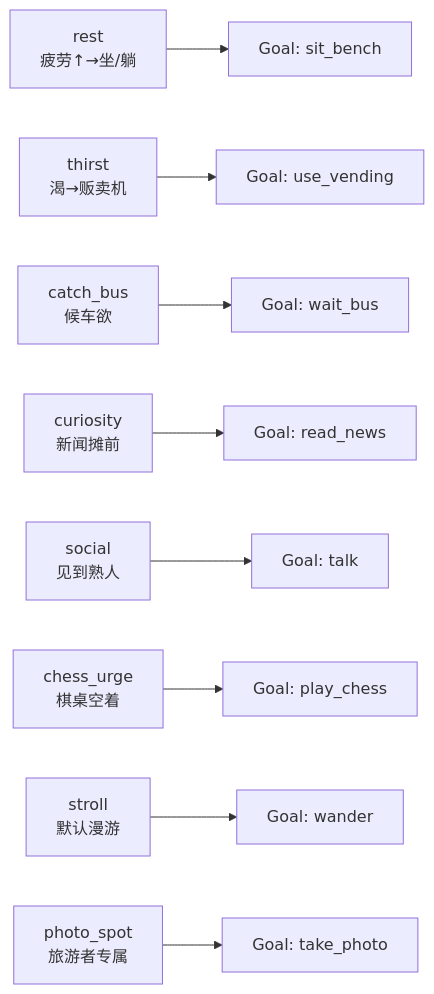
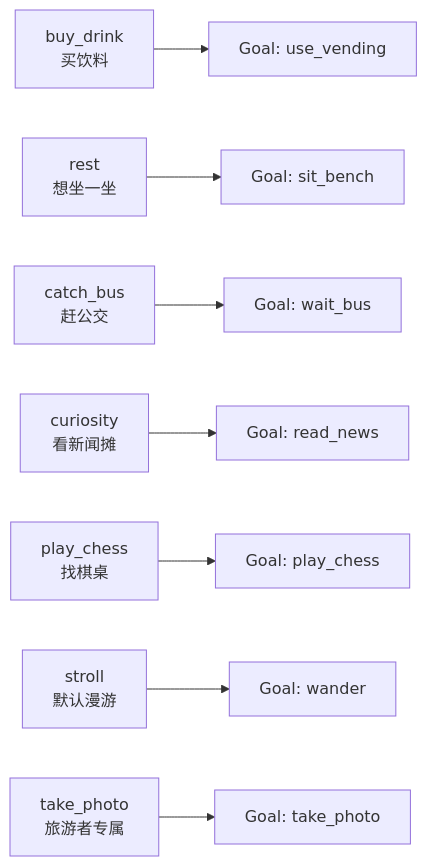
One commit to zxlzzz/news-game changed the second of 4 diagrams in docs/behavior-design.md. Above: the diagram before and after it, drawn with Mermaid. The commit also changed other lines of this file, not shown here.

````diff
--- a/docs/behavior-design.md
+++ b/docs/behavior-design.md
@@ -119,11 +126,10 @@
 ```mermaid
 graph LR
-  REST[rest<br/>疲劳↑→坐/躺] --> SIT[Goal: sit_bench]
-  THIRST[thirst<br/>渴→贩卖机] --> VEND[Goal: use_vending]
-  BUS[catch_bus<br/>候车欲] --> WAIT[Goal: wait_bus]
-  CUR[curiosity<br/>新闻摊前] --> NEWS[Goal: read_news]
-  SOC[social<br/>见到熟人] --> TALK[Goal: talk]
-  CHESS[chess_urge<br/>棋桌空着] --> PLAY[Goal: play_chess]
+  BD[buy_drink<br/>买饮料] --> VEND[Goal: use_vending]
+  REST[rest<br/>想坐一坐] --> SIT[Goal: sit_bench]
+  BUS[catch_bus<br/>赶公交] --> WAIT[Goal: wait_bus]
+  CUR[curiosity<br/>看新闻摊] --> NEWS[Goal: read_news]
+  CHESS[play_chess<br/>找棋桌] --> PLAY[Goal: play_chess]
   STROLL[stroll<br/>默认漫游] --> WALK[Goal: wander]
-  PHOTO[photo_spot<br/>旅游者专属] --> SNAP[Goal: take_photo]
+  PHOTO[take_photo<br/>旅游者专属] --> SNAP[Goal: take_photo]
 ```
````
